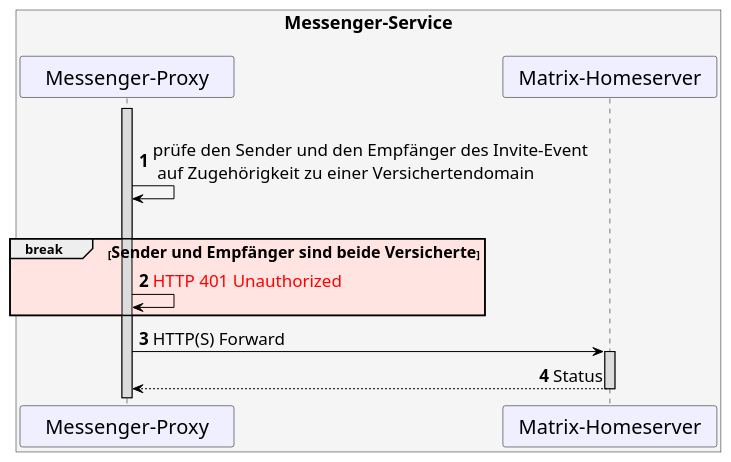
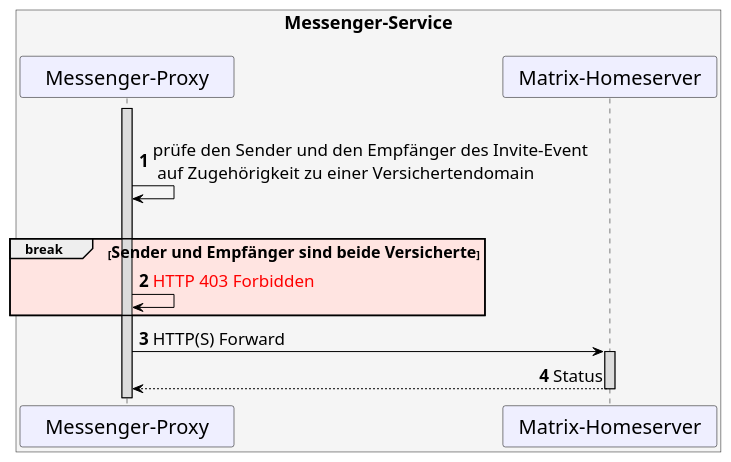
The diagram in src/plantuml/TI-M_ePA/UC_10233_Seq.puml (gematik/api-ti-messenger), drawn with PlantUML before and after one commit. The commit also changed 1 other file, not shown here.

```diff
--- a/src/plantuml/TI-M_ePA/UC_10233_Seq.puml
+++ b/src/plantuml/TI-M_ePA/UC_10233_Seq.puml
@@ -9,49 +9,49 @@
 @startuml
 skinparam sequenceMessageAlign direction
 skinparam minClassWidth 200
 skinparam BoxPadding 1
 skinparam sequenceReferenceHeaderBackgroundColor palegreen
 scale max 2048 width
 
 skinparam sequence {
 ArrowColor black
 ArrowFontSize 17
 ActorBorderColor black
 LifeLineBorderColor black
 LifeLineBackgroundColor Gainsboro
 
 ParticipantBorderColor Motivation
 ParticipantBackgroundColor Motivation
 ParticipantFontSize 20
 ParticipantFontColor black
 ParticipantBorderColor Black
 ParticipantBackgroundColor MOTIVATION
 
 ActorBackgroundColor Gainsboro
 ActorFontColor black
 ActorFontSize 20
 
 }
 
 autonumber
 
     box <size:18>Messenger-Service\n#WhiteSmoke
     participant MP as "Messenger-Proxy"
     participant MH as "Matrix-Homeserver"
     end box
 
 
 |||
 Activate MP
 MP->MP: prüfe den Sender und den Empfänger des Invite-Event\n auf Zugehörigkeit zu einer Versichertendomain 
 |||
 break #MistyRose <size:16>Sender und Empfänger sind beide Versicherte</size> 
-MP->MP: <font color=red>HTTP 401 Unauthorized</font>
+MP->MP: <font color=red>HTTP 403 Forbidden</font>
 end
 
 MP->MH: HTTP(S) Forward
 Activate MH
 MH-->MP: Status
 Deactivate MH
 
 @enduml
```
